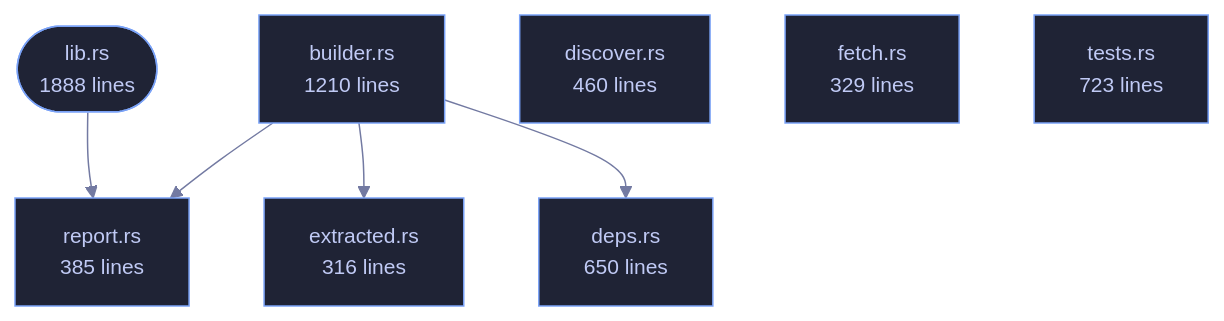
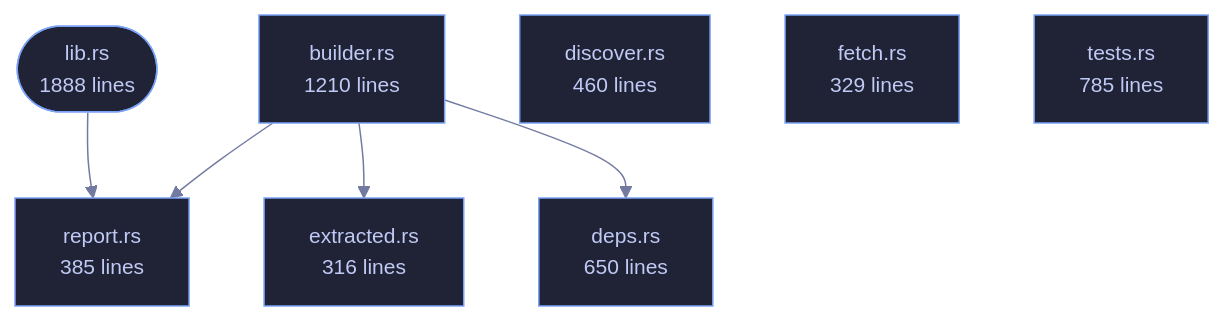
Before and after one commit to tilas01/veilvoice: the diagram in crates/veilvoice-verify/README.md, drawn with Mermaid. The commit also changed other lines of this file and 12 other files, not shown here.

````diff
--- a/crates/veilvoice-verify/README.md
+++ b/crates/veilvoice-verify/README.md
@@ -93,24 +93,24 @@
 ```mermaid
 %%{init: {"theme":"base","themeVariables":{"background":"#1a1b26","primaryColor":"#1f2335","primaryTextColor":"#c0caf5","primaryBorderColor":"#7aa2f7","secondaryColor":"#16161e","tertiaryColor":"#16161e","lineColor":"#737aa2","textColor":"#c0caf5","mainBkg":"#1f2335","nodeBorder":"#7aa2f7","clusterBkg":"#16161e","clusterBorder":"#2f3549","fontFamily":"ui-monospace, SFMono-Regular, Consolas, monospace","fontSize":"14px"}}}%%
 flowchart TD
     n_lib(["lib.rs<br/>1888 lines"])
     n_builder["builder.rs<br/>1210 lines"]
     n_deps["deps.rs<br/>650 lines"]
     n_discover["discover.rs<br/>460 lines"]
     n_extracted["extracted.rs<br/>316 lines"]
     n_fetch["fetch.rs<br/>329 lines"]
     n_report["report.rs<br/>385 lines"]
-    n_tests["tests.rs<br/>723 lines"]
+    n_tests["tests.rs<br/>785 lines"]
     n_builder --> n_deps
     n_builder --> n_extracted
     n_builder --> n_report
     n_lib --> n_report
     click n_lib href "https://github.com/tilas01/veilvoice/blob/main/crates/veilvoice-verify/src/lib.rs" "open the source"
     click n_builder href "https://github.com/tilas01/veilvoice/blob/main/crates/veilvoice-verify/src/builder.rs" "open the source"
     click n_deps href "https://github.com/tilas01/veilvoice/blob/main/crates/veilvoice-verify/src/deps.rs" "open the source"
     click n_discover href "https://github.com/tilas01/veilvoice/blob/main/crates/veilvoice-verify/src/discover.rs" "open the source"
     click n_extracted href "https://github.com/tilas01/veilvoice/blob/main/crates/veilvoice-verify/src/extracted.rs" "open the source"
     click n_fetch href "https://github.com/tilas01/veilvoice/blob/main/crates/veilvoice-verify/src/fetch.rs" "open the source"
     click n_report href "https://github.com/tilas01/veilvoice/blob/main/crates/veilvoice-verify/src/report.rs" "open the source"
     click n_tests href "https://github.com/tilas01/veilvoice/blob/main/crates/veilvoice-verify/src/tests.rs" "open the source"
 ```
````
